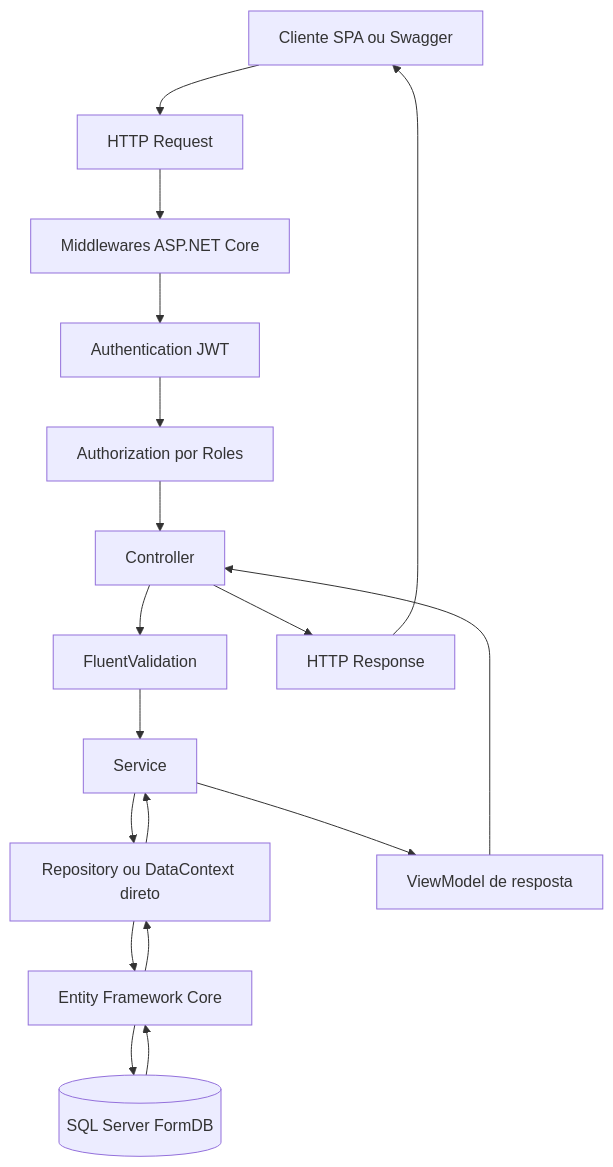
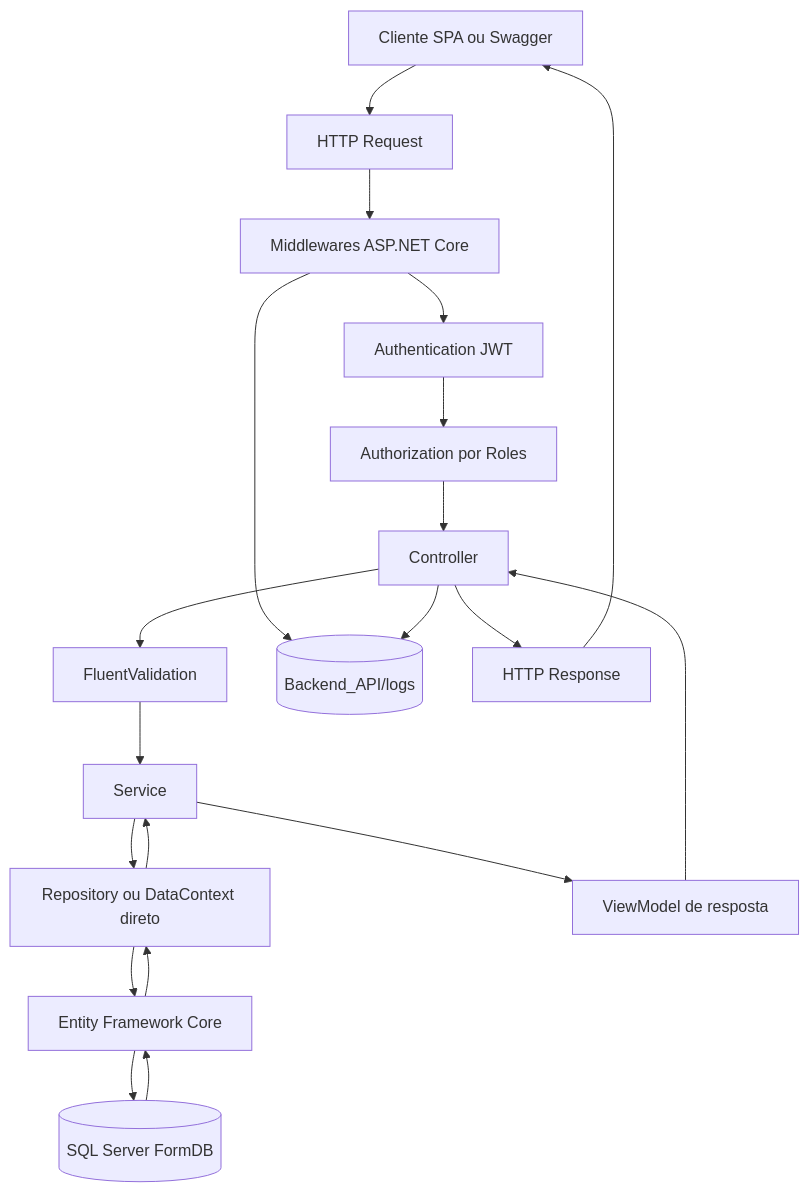
The first of 5 diagrams in docs/backend-tecnico.md (george-marcone/SPA-Vue), drawn with Mermaid before and after one commit. The commit also changed other lines of this file and 35 other files, not shown here.

````diff
--- a/docs/backend-tecnico.md
+++ b/docs/backend-tecnico.md
@@ -35,20 +37,22 @@
 ```mermaid
 flowchart TD
     Client[Cliente SPA ou Swagger] --> HTTP[HTTP Request]
     HTTP --> Middleware[Middlewares ASP.NET Core]
     Middleware --> Auth[Authentication JWT]
     Auth --> Authorization[Authorization por Roles]
     Authorization --> Controller[Controller]
     Controller --> Validator[FluentValidation]
     Validator --> Service[Service]
     Service --> Repository[Repository ou DataContext direto]
     Repository --> EF[Entity Framework Core]
     EF --> SQL[(SQL Server FormDB)]
+    Middleware --> Logs[(Backend_API/logs)]
+    Controller --> Logs
     SQL --> EF
     EF --> Repository
     Repository --> Service
     Service --> ViewModel[ViewModel de resposta]
     ViewModel --> Controller
     Controller --> Response[HTTP Response]
     Response --> Client
 ```
````
